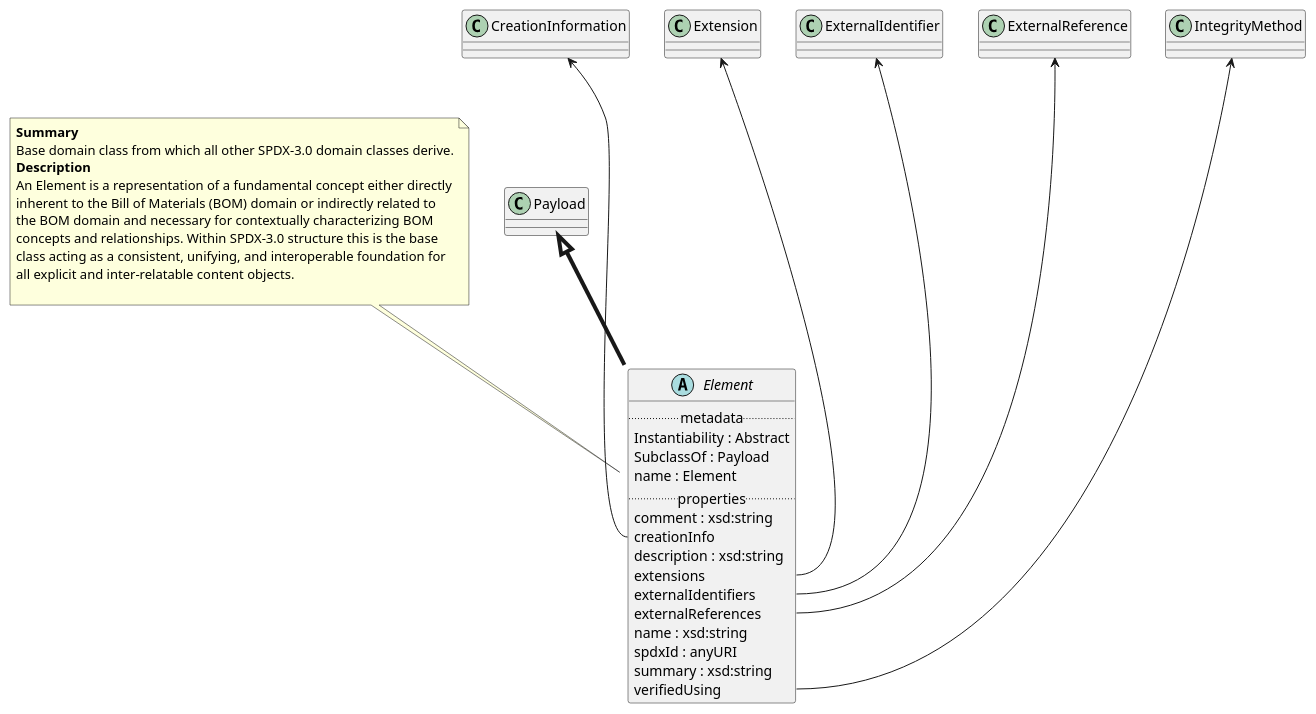
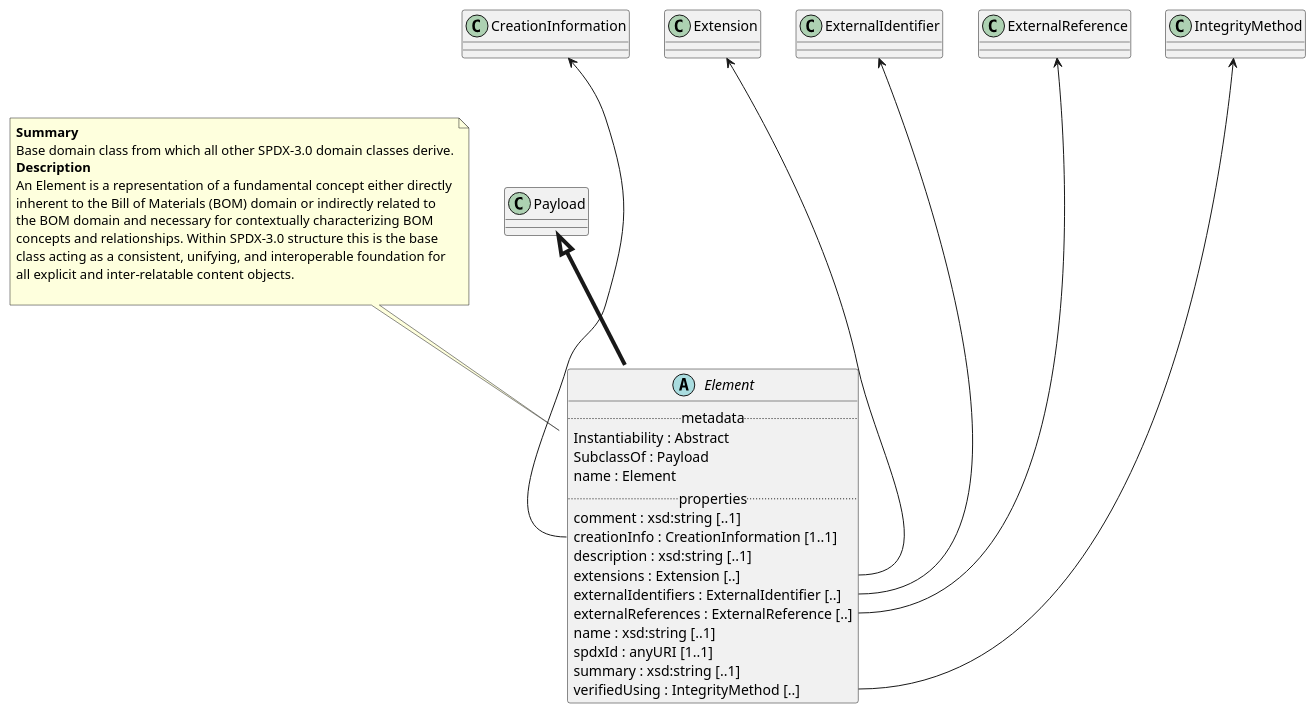
Before and after one commit to maxhbr/spec-parser.hs: the diagram in Classes/Element.puml, drawn with PlantUML. The commit also changed 34 other files, not shown here.

```diff
--- a/Classes/Element.puml
+++ b/Classes/Element.puml
@@ -1,37 +1,37 @@
 @startuml
 abstract Element {
 .. metadata ..
     Instantiability : Abstract
     SubclassOf : Payload
     name : Element
 .. properties ..
-    comment : xsd:string
-    creationInfo
-    description : xsd:string
-    extensions
-    externalIdentifiers
-    externalReferences
-    name : xsd:string
-    spdxId : anyURI
-    summary : xsd:string
-    verifiedUsing
+    comment : xsd:string [..1]
+    creationInfo : CreationInformation [1..1]
+    description : xsd:string [..1]
+    extensions : Extension [..]
+    externalIdentifiers : ExternalIdentifier [..]
+    externalReferences : ExternalReference [..]
+    name : xsd:string [..1]
+    spdxId : anyURI [1..1]
+    summary : xsd:string [..1]
+    verifiedUsing : IntegrityMethod [..]
 }
 note top of Element
 <b>Summary</b>
 Base domain class from which all other SPDX-3.0 domain classes derive.
 <b>Description</b>
 An Element is a representation of a fundamental concept either directly
 inherent to the Bill of Materials (BOM) domain or indirectly related to
 the BOM domain and necessary for contextually characterizing BOM
 concepts and relationships. Within SPDX-3.0 structure this is the base
 class acting as a consistent, unifying, and interoperable foundation for
 all explicit and inter-relatable content objects.
 
 end note
 "Payload" <|-[thickness=4]- "Element"
 "CreationInformation" <--- "Element::creationInfo"
 "Extension" <--- "Element::extensions"
 "ExternalIdentifier" <--- "Element::externalIdentifiers"
 "ExternalReference" <--- "Element::externalReferences"
 "IntegrityMethod" <--- "Element::verifiedUsing"
 @enduml
```
